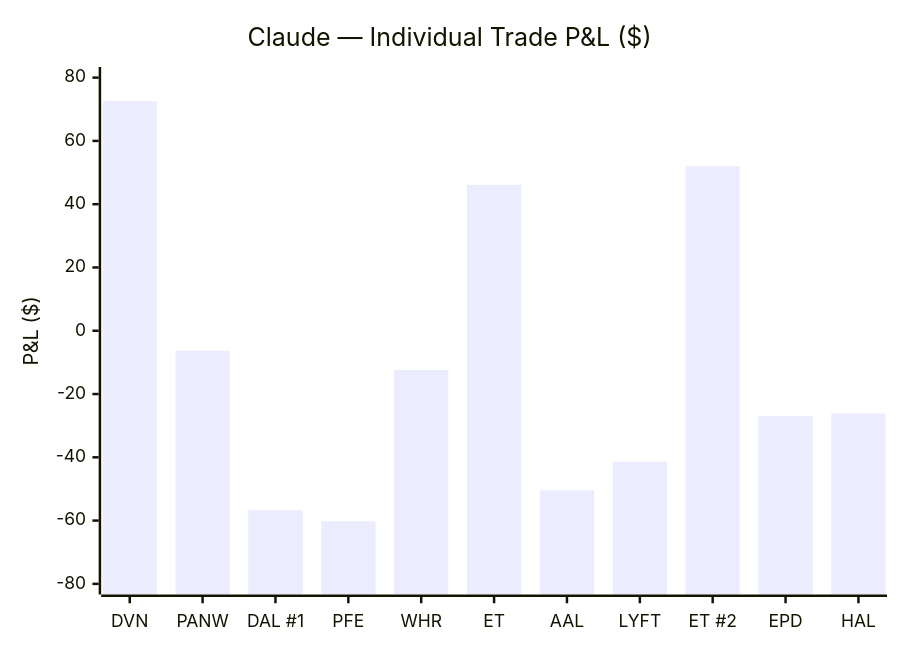
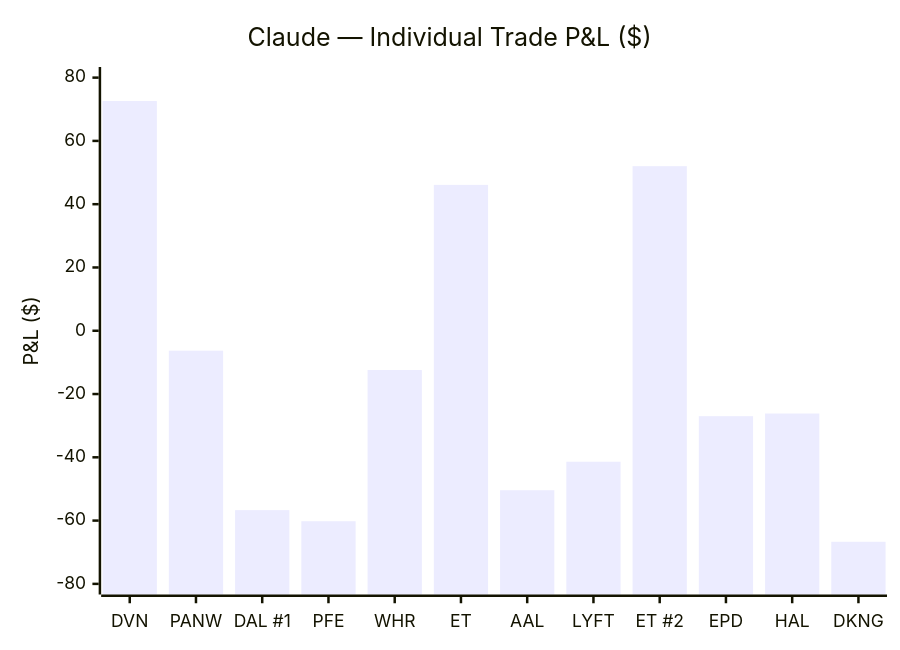
The second of 5 diagrams in README.md (zachisit/ai-auto-buy-thesis), drawn with Mermaid before and after one commit. The commit also changed other lines of this file and 2 other files, not shown here.

First line of the commit message:
Update README for 6/1 session — DKNG stopped out, NCLH day 3

````diff
--- a/README.md
+++ b/README.md
@@ -39,7 +39,7 @@
 ```mermaid
 xychart-beta
     title "Claude — Individual Trade P&L ($)"
-    x-axis ["DVN", "PANW", "DAL #1", "PFE", "WHR", "ET", "AAL", "LYFT", "ET #2", "EPD", "HAL"]
+    x-axis ["DVN", "PANW", "DAL #1", "PFE", "WHR", "ET", "AAL", "LYFT", "ET #2", "EPD", "HAL", "DKNG"]
     y-axis "P&L ($)" -80 --> 80
-    bar [72.60, -6.30, -56.70, -60.20, -12.41, 46.11, -50.40, -41.40, 52.02, -27.00, -26.16]
+    bar [72.60, -6.30, -56.70, -60.20, -12.41, 46.11, -50.40, -41.40, 52.02, -27.00, -26.16, -66.69]
 ```
````
